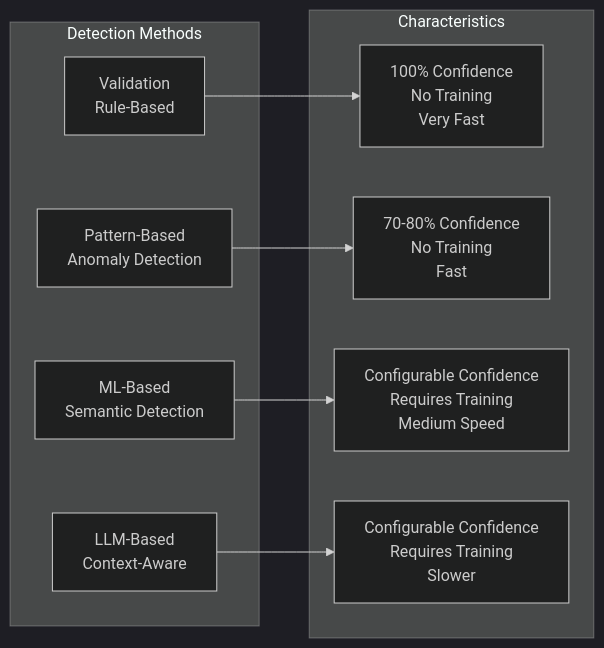
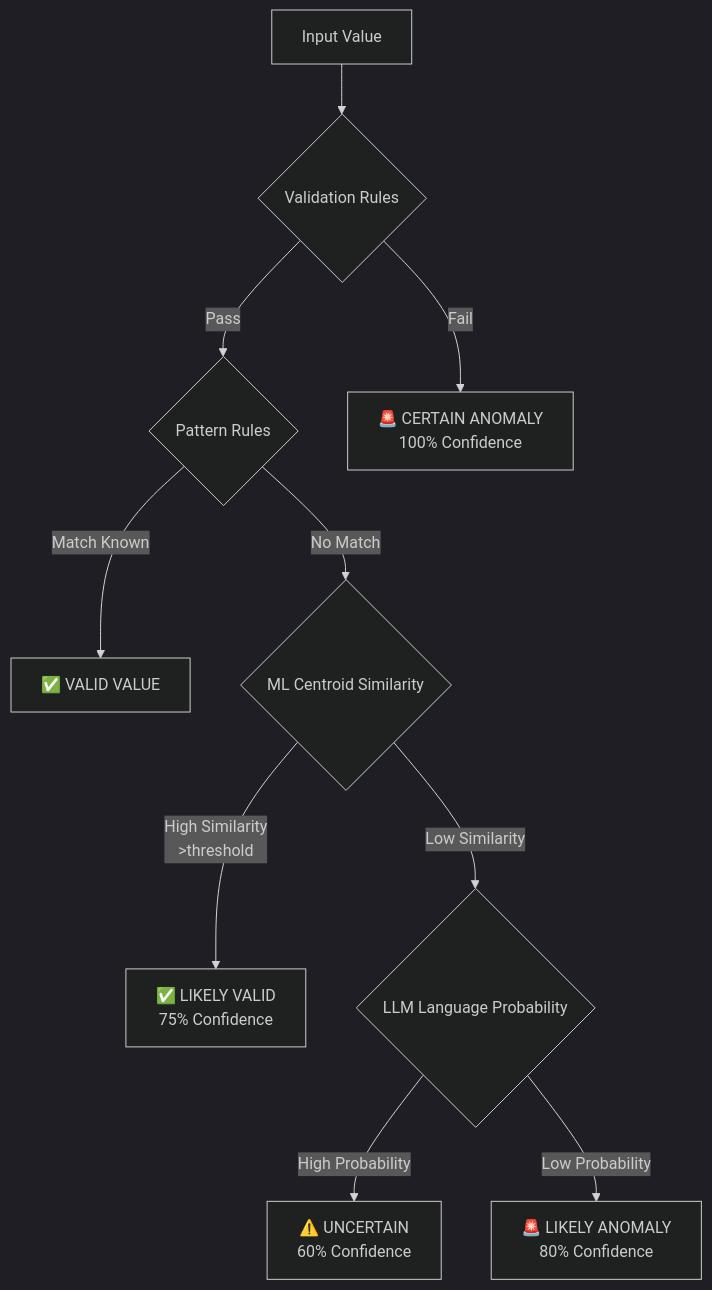
Before and after one commit to xafron-bv/data-quality-monitoring: the first of 5 diagrams in docs/consolidated/theoretical-approach.md, drawn with Mermaid (dark theme). The commit also changed other lines of this file and 7 other files, not shown here.

````diff
--- a/docs/consolidated/theoretical-approach.md
+++ b/docs/consolidated/theoretical-approach.md
@@ -18,16 +18,15 @@
 ```mermaid
-graph LR
-    subgraph "Detection Methods"
-        V[Validation<br/>Rule-Based]
-        P[Pattern-Based<br/>Anomaly Detection]
-        M[ML-Based<br/>Semantic Detection]
-        L[LLM-Based<br/>Context-Aware]
-    end
+graph TD
+    A[Input Value] --> B{Validation Rules}
+    B -->|Pass| C{Pattern Rules}
+    B -->|Fail| CERTAIN[🚨 CERTAIN ANOMALY<br/>100% Confidence]
     
-    subgraph "Characteristics"
-        V --> V1[100% Confidence<br/>No Training<br/>Very Fast]
-        P --> P1[70-80% Confidence<br/>No Training<br/>Fast]
-        M --> M1[Configurable Confidence<br/>Requires Training<br/>Medium Speed]
-        L --> L1[Configurable Confidence<br/>Requires Training<br/>Slower]
-    end
+    C -->|Match Known| VALID[✅ VALID VALUE]
+    C -->|No Match| D{ML Centroid Similarity}
+    
+    D -->|High Similarity<br/>>threshold| LIKELY_VALID[✅ LIKELY VALID<br/>75% Confidence]
+    D -->|Low Similarity<br/><threshold| E{LLM Language Probability}
+    
+    E -->|High Probability| MAYBE_VALID[⚠️ UNCERTAIN<br/>60% Confidence]
+    E -->|Low Probability| LIKELY_ANOMALY[🚨 LIKELY ANOMALY<br/>80% Confidence]
 ```
````
